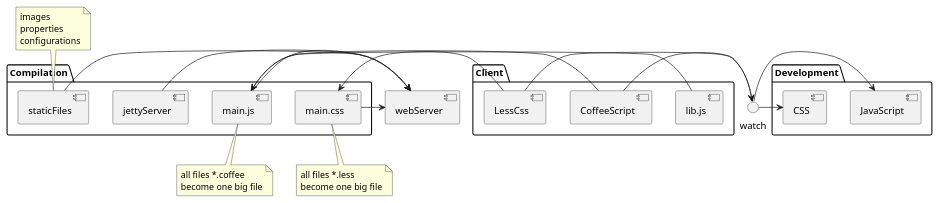
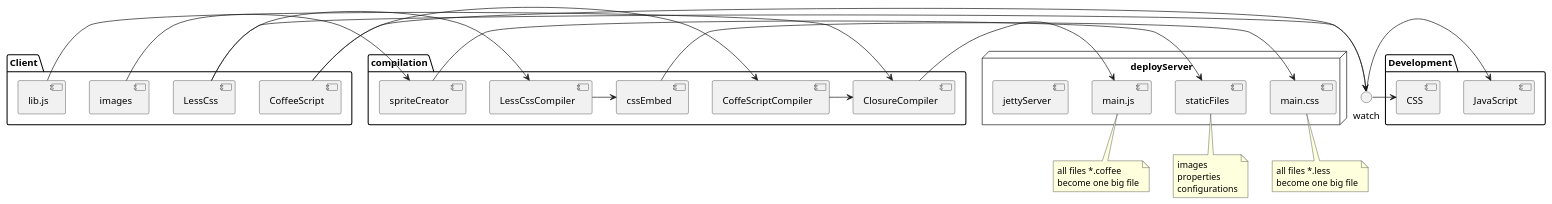
Before and after one commit to justgook/shaman: the diagram in src/clientServer.puml, drawn with PlantUML. The commit also changed 2 other files, not shown here.

Commit message:
Client Server Addons

```diff
--- a/src/clientServer.puml
+++ b/src/clientServer.puml
@@ -1,50 +1,64 @@
 @startuml
 
     package "Client"{
         [CoffeeScript]
         [LessCss]
         [lib.js]
+        [images]
     }
 
 
     package "Development" {
         [JavaScript]
         [CSS]
-
     }
 
-    [webServer]
+    package "compilation" {
+        [cssEmbed]
+        [CoffeScriptCompiler]
+        [LessCssCompiler]
+        [spriteCreator]
+        [ClosureCompiler]
+    }
 
-    package "Compilation" {
-        [main.js]->[webServer]
-        [main.css]->[webServer]
-        [jettyServer]->[webServer]
-        [staticFiles]->[webServer]
+    node "deployServer" {
+        [main.js]
+        [main.css]
+        [jettyServer]
+        [staticFiles]
     }
-    [lib.js]  ->  [main.js]
-    [CoffeeScript] ->  [main.js]
-    [LessCss] ->  [main.css]
+
+    [CoffeeScript] -> [CoffeScriptCompiler]
+    [CoffeScriptCompiler] -> [ClosureCompiler]
+    [ClosureCompiler] -> [main.js]
+    [LessCss] -> [LessCssCompiler]
+    [LessCssCompiler] -> [cssEmbed]
+    [images] -> [spriteCreator]
+    [spriteCreator] -> [staticFiles]
+    [cssEmbed] -> [main.css]
+    [lib.js] -> [ClosureCompiler]
+
     [CoffeeScript] -> watch
      watch-> [JavaScript]
     [LessCss] -> watch
      watch-> [CSS]
 
 
 
-    note top of [staticFiles]
+    note bottom of [staticFiles]
         images
         properties
         configurations
     end note
 
     note bottom of [main.js]
         all files *.coffee
         become one big file
     end note
 
     note bottom of [main.css]
         all files *.less
         become one big file
     end note
 
 @enduml
```
